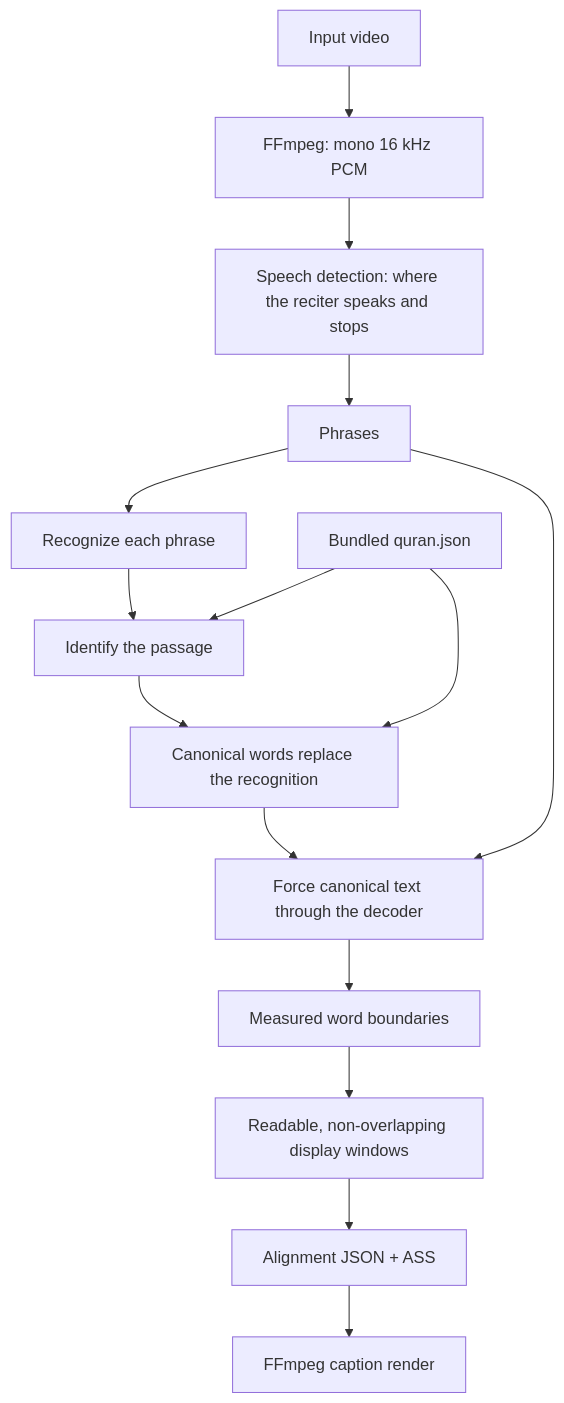
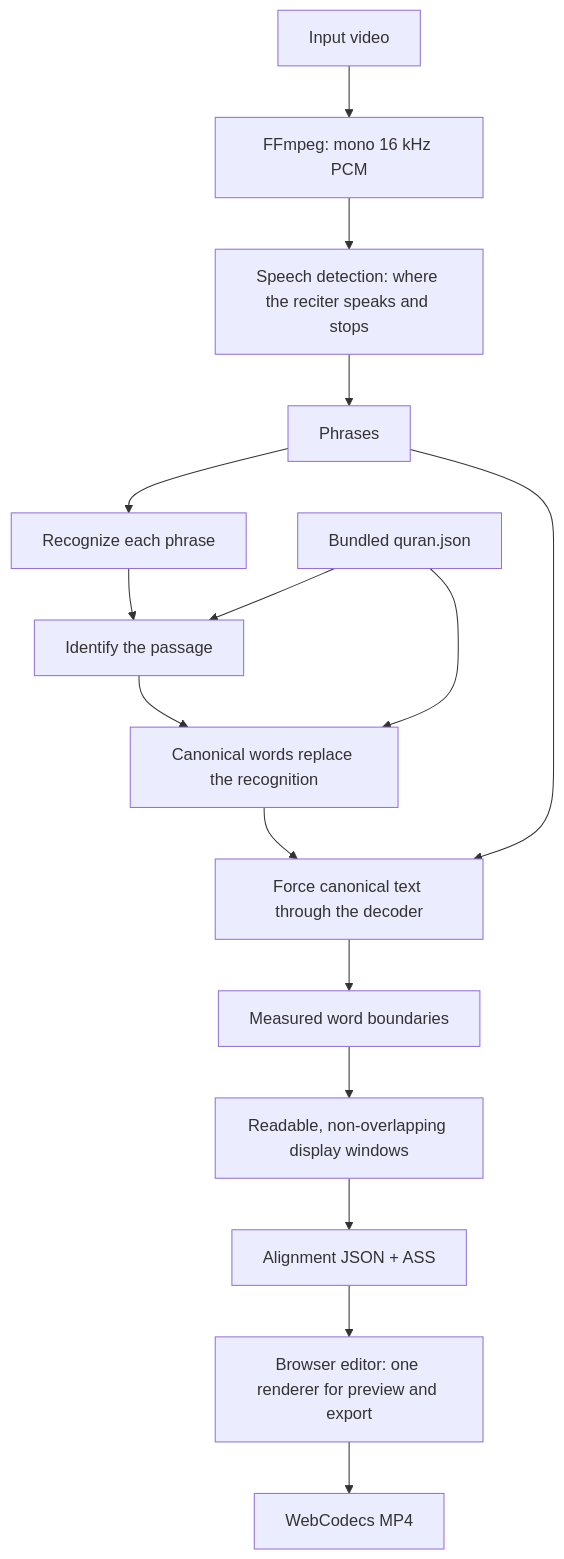
Before and after one commit to Sharjeelbaig/Transcribe-Quran: the diagram in README.md, drawn with Mermaid. The commit also changed other lines of this file and 10 other files, not shown here.

````diff
--- a/README.md
+++ b/README.md
@@ -293,17 +309,18 @@
 ```mermaid
 flowchart TB
   A["Input video"] --> B["FFmpeg: mono 16 kHz PCM"]
   B --> C["Speech detection: where the reciter speaks and stops"]
   C --> D["Phrases"]
   D --> E["Recognize each phrase"]
   E --> F["Identify the passage"]
   Q["Bundled quran.json"] --> F
   F --> G["Canonical words replace the recognition"]
   Q --> G
   G --> H["Force canonical text through the decoder"]
   D --> H
   H --> I["Measured word boundaries"]
   I --> J["Readable, non-overlapping display windows"]
   J --> K["Alignment JSON + ASS"]
-  K --> L["FFmpeg caption render"]
+  K --> L["Browser editor: one renderer for preview and export"]
+  L --> M["WebCodecs MP4"]
 ```
````
